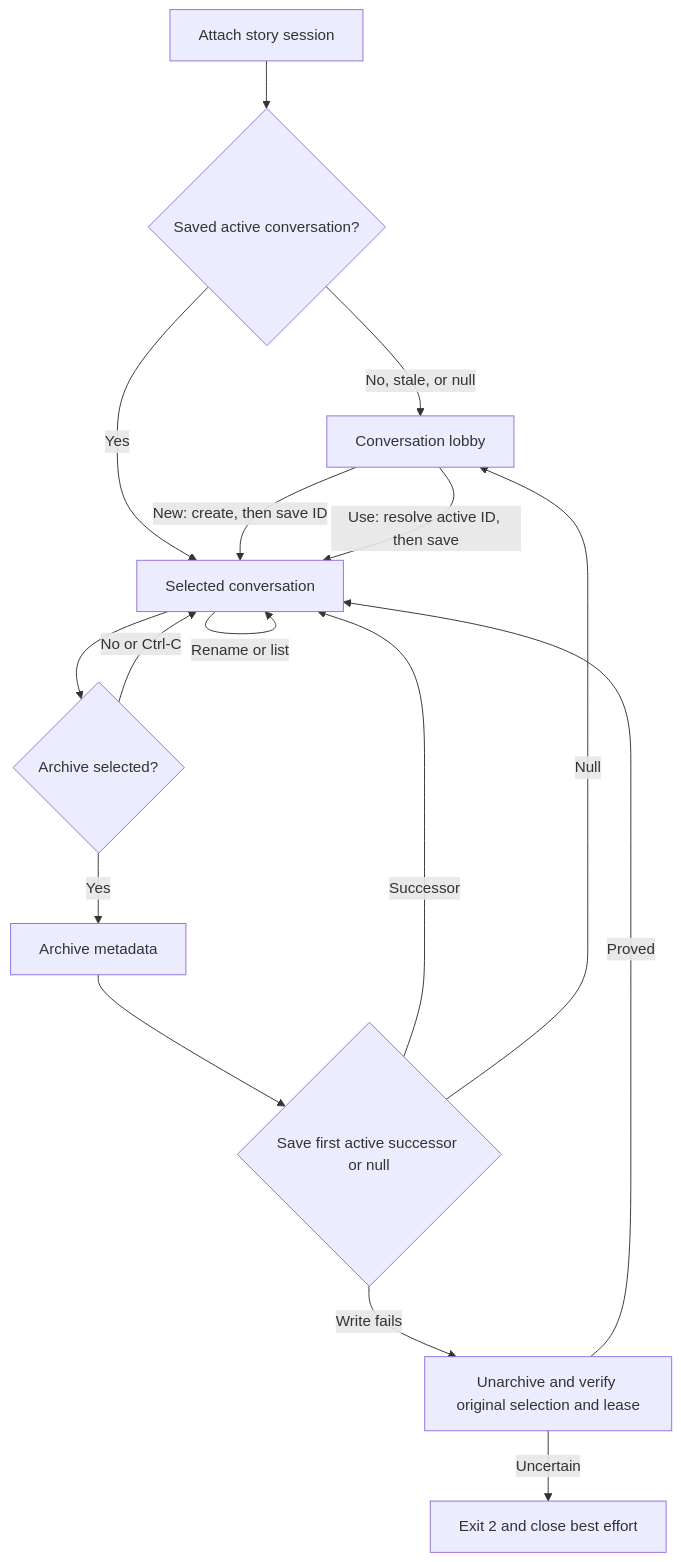
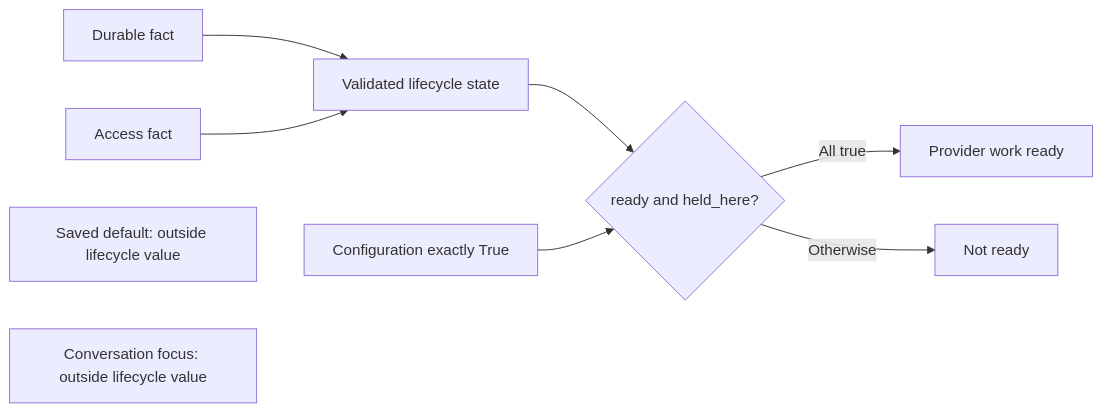
One commit to Kims-DeveloperGroup/story-writing-agents changed the diagram in docs/design/session-lifecycle.md. Above: the diagram before and after it, drawn with Mermaid. The commit also changed other lines of this file and 10 other files, not shown here.

Commit message:
Define canonical session lifecycle contracts

````diff
--- a/docs/design/session-lifecycle.md
+++ b/docs/design/session-lifecycle.md
@@ -63,20 +34,13 @@
 ```mermaid
-flowchart TD
-    accTitle: Subject conversation selection and archive compensation
-    accDescr: Attachment restores an active choice or opens the inner lobby. Selected archive saves a successor or null; failed saving either proves the restored original or exits.
-    A[Attach story session] --> B{Saved active conversation?}
-    B -->|No, stale, or null| L[Conversation lobby]
-    B -->|Yes| S[Selected conversation]
-    L -->|New: create, then save ID| S
-    L -->|Use: resolve active ID, then save| S
-    S -->|Rename or list| S
-    S --> C{Archive selected?}
-    C -->|No or Ctrl-C| S
-    C -->|Yes| D[Archive metadata]
-    D --> E{Save first active successor or null}
-    E -->|Successor| S
-    E -->|Null| L
-    E -->|Write fails| F[Unarchive and verify original selection and lease]
-    F -->|Proved| S
-    F -->|Uncertain| X[Exit 2 and close best effort]
+flowchart LR
+    accTitle: Pure session facts and provider readiness
+    accDescr: Provider work requires ready state, locally held access, and ready configuration. Saved defaults and focus remain separate.
+    D[Durable fact] --> S[Validated lifecycle state]
+    A[Access fact] --> S
+    S --> G{ready and held_here?}
+    C[Configuration exactly True] --> G
+    G -->|All true| R[Provider work ready]
+    G -->|Otherwise| N[Not ready]
+    X[Saved default: outside lifecycle value]
+    F[Conversation focus: outside lifecycle value]
 ```
````
